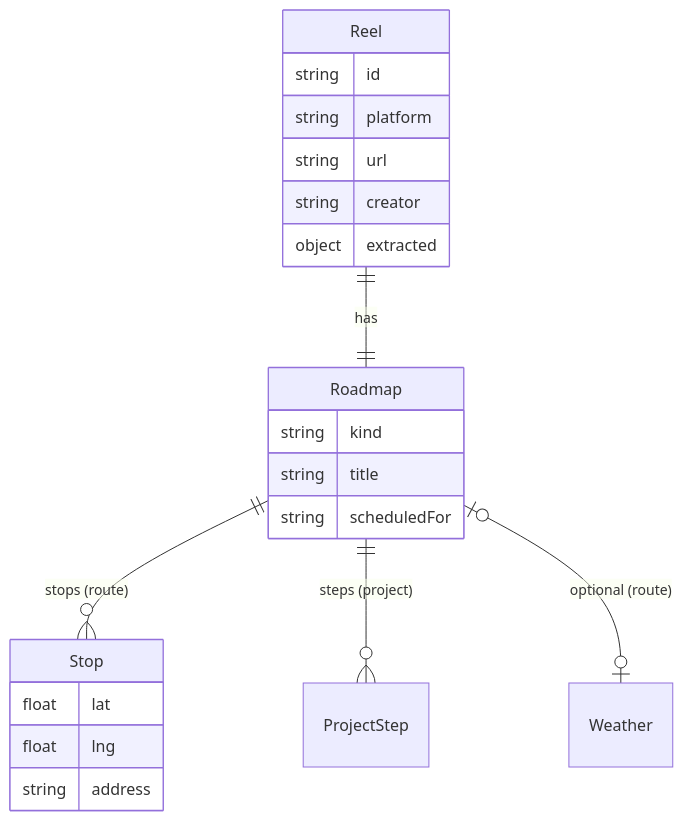
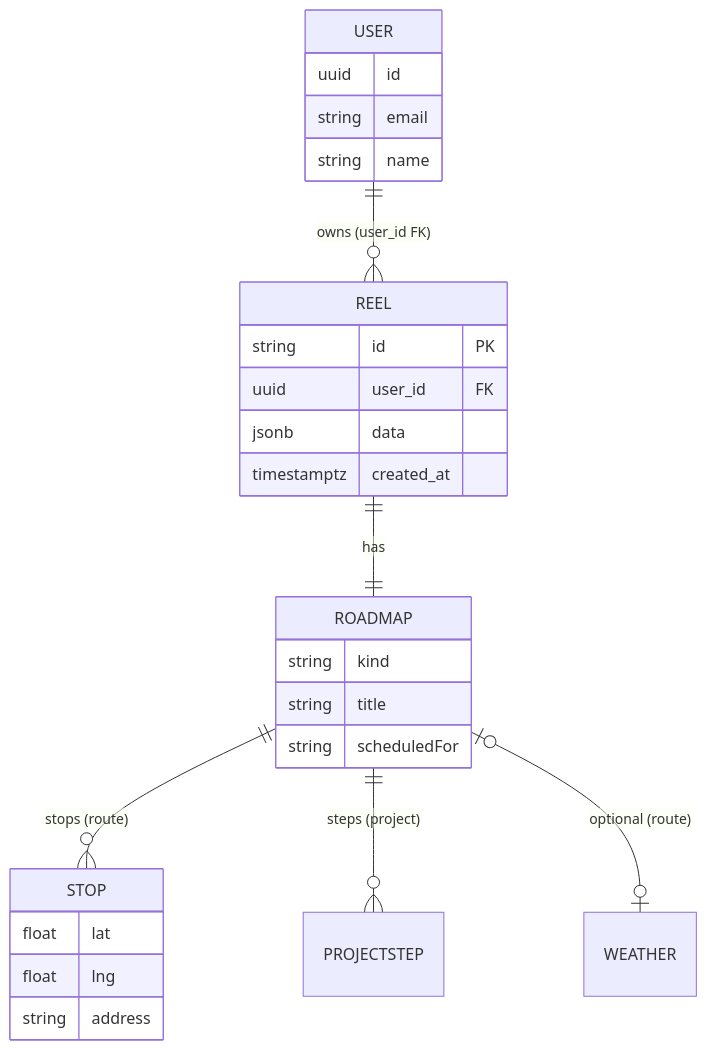
The sixth of 7 diagrams in architecture/updated-architecture.md (CSEN-SCU/csen-174-s26-team-project-roots-app), drawn with Mermaid before and after one commit. The commit also changed other lines of this file, not shown here.

First line of the commit message:
Revise architecture documentation for Supabase migration

````diff
--- a/architecture/updated-architecture.md
+++ b/architecture/updated-architecture.md
@@ -201,25 +219,30 @@
 ```mermaid
 erDiagram
-    Reel ||--|| Roadmap : has
-    Roadmap ||--o{ Stop : "stops (route)"
-    Roadmap ||--o{ ProjectStep : "steps (project)"
-    Roadmap |o--o| Weather : "optional (route)"
+    USER ||--o{ REEL : "owns (user_id FK)"
+    REEL ||--|| ROADMAP : has
+    ROADMAP ||--o{ STOP : "stops (route)"
+    ROADMAP ||--o{ PROJECTSTEP : "steps (project)"
+    ROADMAP |o--o| WEATHER : "optional (route)"
 
-    Reel {
-        string id
-        string platform
-        string url
-        string creator
-        object extracted
+    USER {
+        uuid id
+        string email
+        string name
     }
-    Roadmap {
+    REEL {
+        string id PK
+        uuid user_id FK
+        jsonb data
+        timestamptz created_at
+    }
+    ROADMAP {
         string kind
         string title
         string scheduledFor
     }
-    Stop {
+    STOP {
         float lat
         float lng
         string address
     }
 ```
````
